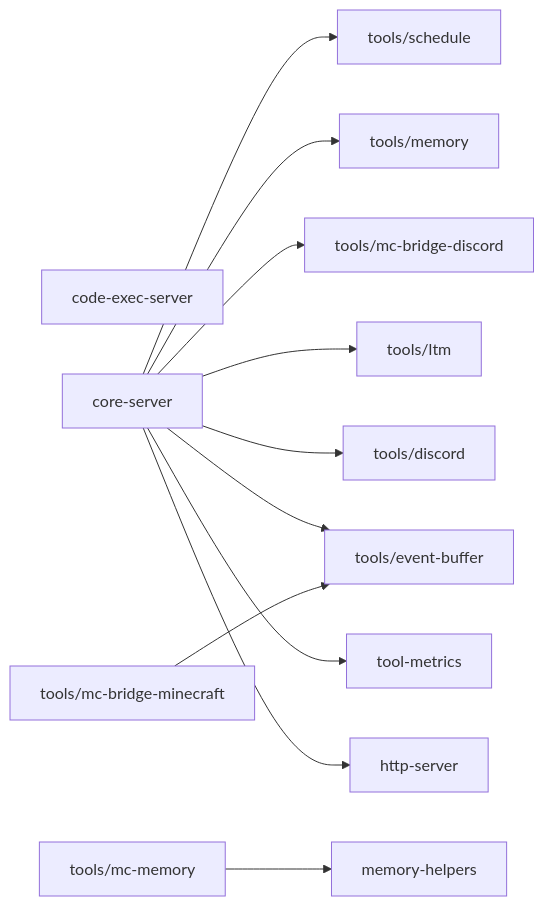
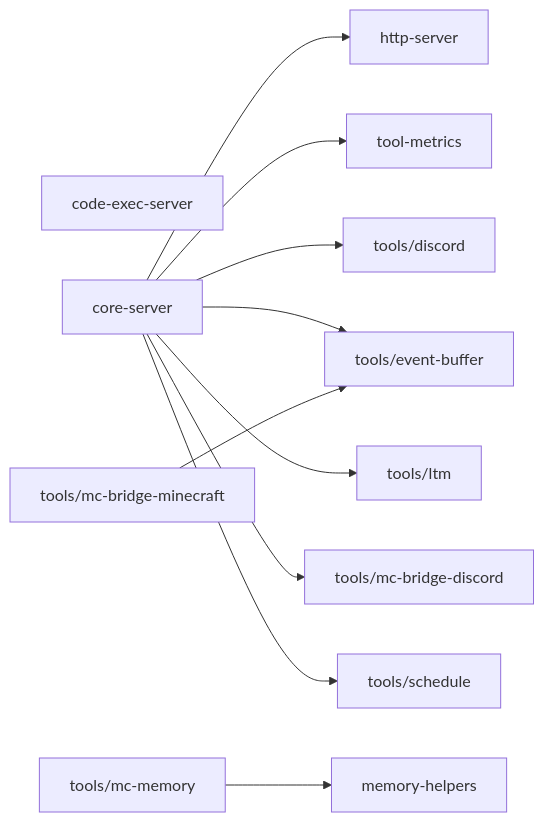
Before and after one commit to OJII3/vicissitude: the diagram in packages/mcp/DEPS.md, drawn with Mermaid. The commit also changed other lines of this file and 7 other files, not shown here.

````diff
--- a/packages/mcp/DEPS.md
+++ b/packages/mcp/DEPS.md
@@ -7,23 +7,21 @@
 ```mermaid
 graph LR
   code_exec_server["code-exec-server"]
   core_server["core-server"] --> http_server["http-server"]
   core_server["core-server"] --> tool_metrics["tool-metrics"]
   core_server["core-server"] --> tools_discord["tools/discord"]
   core_server["core-server"] --> tools_event_buffer["tools/event-buffer"]
   core_server["core-server"] --> tools_ltm["tools/ltm"]
   core_server["core-server"] --> tools_mc_bridge_discord["tools/mc-bridge-discord"]
-  core_server["core-server"] --> tools_memory["tools/memory"]
   core_server["core-server"] --> tools_schedule["tools/schedule"]
   http_server["http-server"]
   memory_helpers["memory-helpers"]
   tool_metrics["tool-metrics"]
   tools_discord["tools/discord"]
   tools_event_buffer["tools/event-buffer"]
   tools_ltm["tools/ltm"]
   tools_mc_bridge_discord["tools/mc-bridge-discord"]
   tools_mc_bridge_minecraft["tools/mc-bridge-minecraft"] --> tools_event_buffer["tools/event-buffer"]
   tools_mc_memory["tools/mc-memory"] --> memory_helpers["memory-helpers"]
-  tools_memory["tools/memory"]
   tools_schedule["tools/schedule"]
 ```
````
